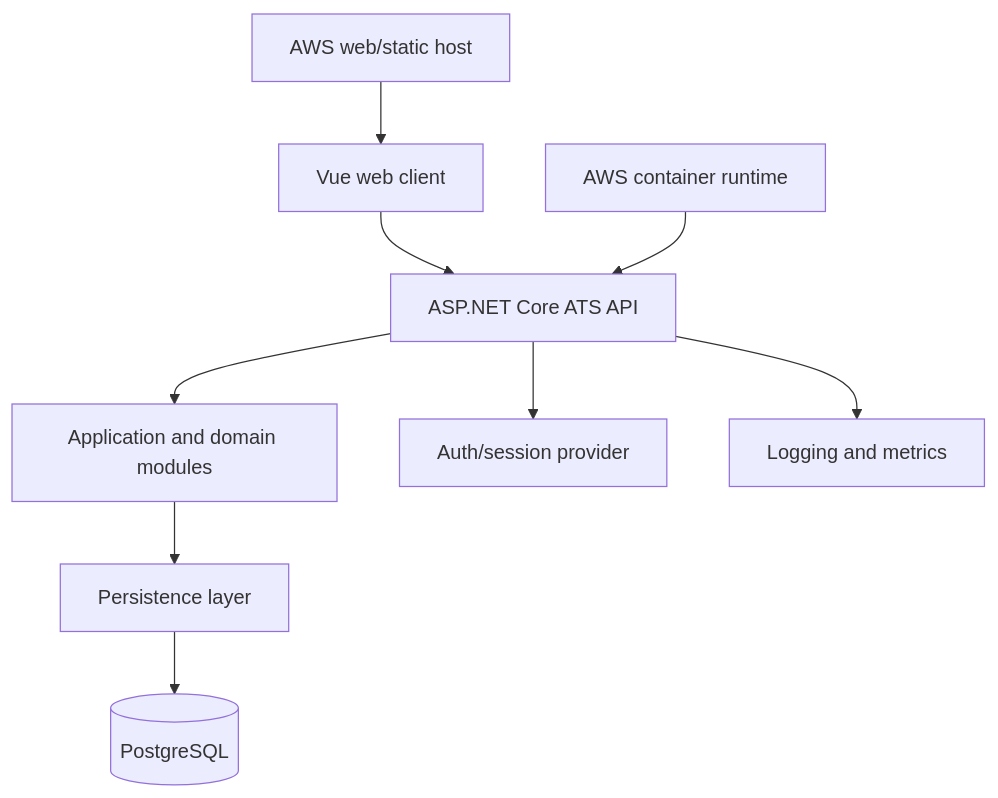
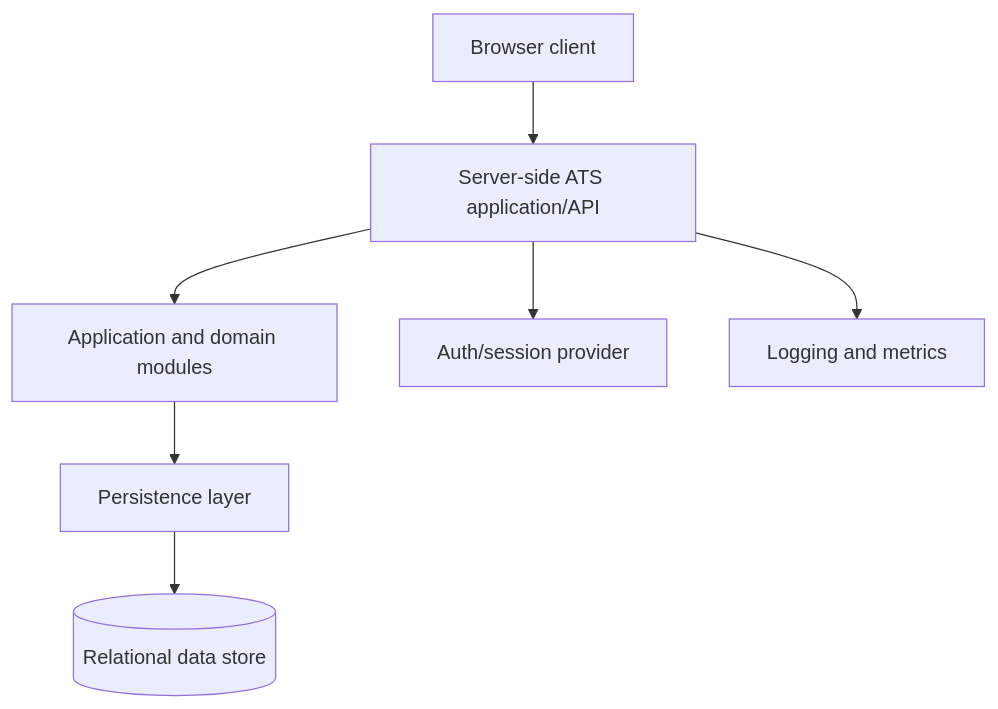
Before and after one commit to andreigavrila/ai-builder-platform: the second of 3 diagrams in .agents/blueprints/simple-ats/01-core/03-architecture.md, drawn with Mermaid. The commit also changed other lines of this file, not shown here.

Commit message:
docs(blueprints): refine simple ATS architecture blueprint

````diff
--- a/.agents/blueprints/simple-ats/01-core/03-architecture.md
+++ b/.agents/blueprints/simple-ats/01-core/03-architecture.md
@@ -91,11 +102,9 @@
 ```mermaid
 flowchart TB
-  Browser[Vue web client] --> Api[ASP.NET Core ATS API]
+  Browser[Browser client] --> Api[Server-side ATS application/API]
   Api --> Modules[Application and domain modules]
   Modules --> Persistence[Persistence layer]
-  Persistence --> Postgres[(PostgreSQL)]
+  Persistence --> Store[(Relational data store)]
   Api --> Auth[Auth/session provider]
   Api --> Observability[Logging and metrics]
-  WebHost[AWS web/static host] --> Browser
-  ApiHost[AWS container runtime] --> Api
 ```
````
